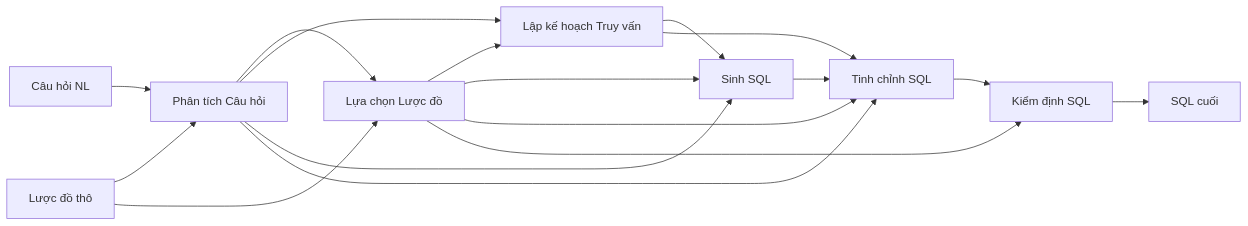
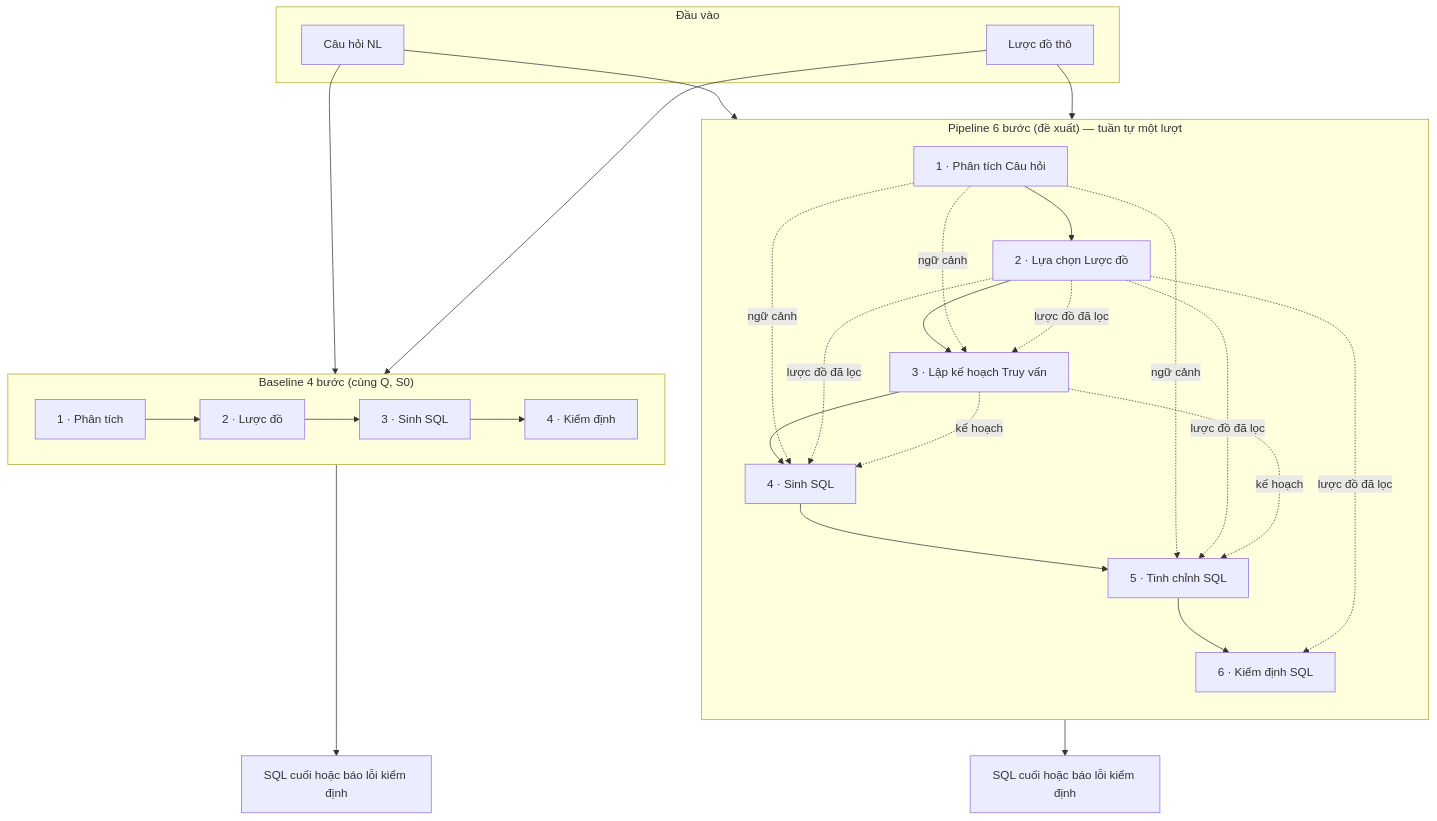
One commit to thanhmiyata/luan-van-tot-nghiep changed the diagram in report/conference-ready-12_vi.md. Above: the diagram before and after it, drawn with Mermaid. The commit also changed other lines of this file, not shown here.

````diff
--- a/report/conference-ready-12_vi.md
+++ b/report/conference-ready-12_vi.md
@@ -58,19 +58,45 @@
 ```mermaid
-flowchart LR
-  Q[Câu hỏi NL] --> A[Phân tích Câu hỏi]
-  S0[Lược đồ thô] --> A
-  A --> B[Lựa chọn Lược đồ]
-  S0 --> B
-  B --> C[Lập kế hoạch Truy vấn]
-  A --> C
-  C --> D[Sinh SQL]
-  B --> D
-  A --> D
-  D --> E[Tinh chỉnh SQL]
-  A --> E
-  C --> E
-  B --> E
-  E --> F[Kiểm định SQL]
-  B --> F
-  F --> Out[SQL cuối]
+flowchart TB
+  subgraph IN["Đầu vào"]
+    Q["Câu hỏi NL"]
+    S0["Lược đồ thô"]
+  end
+
+  subgraph SIX["Pipeline 6 bước (đề xuất) — tuần tự một lượt"]
+    direction TB
+    A["1 · Phân tích Câu hỏi"]
+    B["2 · Lựa chọn Lược đồ"]
+    C["3 · Lập kế hoạch Truy vấn"]
+    D["4 · Sinh SQL"]
+    E["5 · Tinh chỉnh SQL"]
+    F["6 · Kiểm định SQL"]
+    A --> B --> C --> D --> E --> F
+  end
+
+  subgraph FOUR["Baseline 4 bước (cùng Q, S0)"]
+    direction LR
+    A4["1 · Phân tích"]
+    B4["2 · Lược đồ"]
+    D4["3 · Sinh SQL"]
+    F4["4 · Kiểm định"]
+    A4 --> B4 --> D4 --> F4
+  end
+
+  Q --> A
+  S0 --> A
+  Q --> A4
+  S0 --> A4
+
+  A -. "ngữ cảnh" .-> C
+  A -. "ngữ cảnh" .-> D
+  A -. "ngữ cảnh" .-> E
+  B -. "lược đồ đã lọc" .-> C
+  B -. "lược đồ đã lọc" .-> D
+  B -. "lược đồ đã lọc" .-> E
+  B -. "lược đồ đã lọc" .-> F
+  C -. "kế hoạch" .-> D
+  C -. "kế hoạch" .-> E
+
+  F --> OUT["SQL cuối hoặc báo lỗi kiểm định"]
+  F4 --> OUT4["SQL cuối hoặc báo lỗi kiểm định"]
 ```
````
